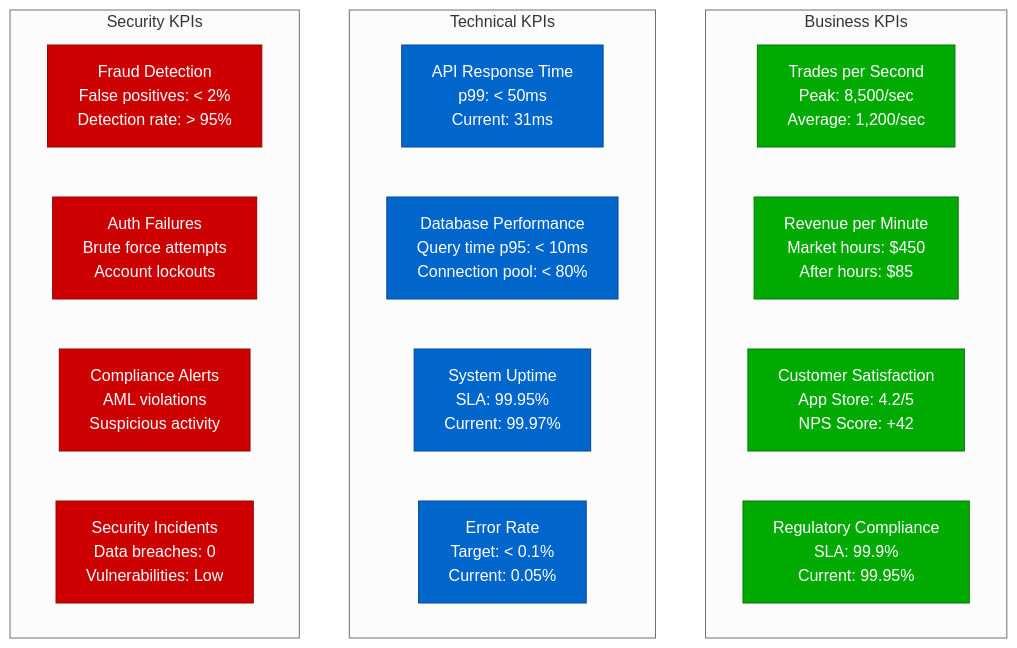
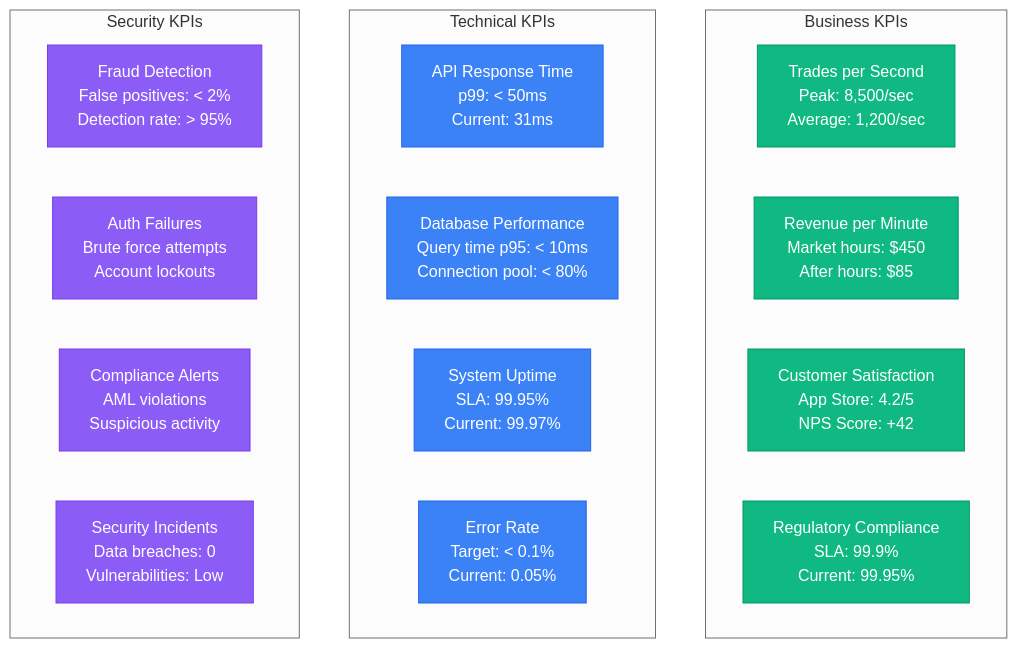
The sixth of 9 diagrams in site/docs/systems/robinhood/08-production-operations.md (deepaucksharma/DS), drawn with Mermaid (neutral theme) before and after one commit. The commit also changed other lines of this file and 187 other files, not shown here.

````diff
--- a/site/docs/systems/robinhood/08-production-operations.md
+++ b/site/docs/systems/robinhood/08-production-operations.md
@@ -302,31 +302,31 @@
 ```mermaid
 graph TB
     subgraph BusinessKPIs[Business KPIs]
         TRADES_SEC[Trades per Second<br/>Peak: 8,500/sec<br/>Average: 1,200/sec]
         REVENUE_MIN[Revenue per Minute<br/>Market hours: $450<br/>After hours: $85]
         USER_SATISFACTION[Customer Satisfaction<br/>App Store: 4.2/5<br/>NPS Score: +42]
         REGULATORY[Regulatory Compliance<br/>SLA: 99.9%<br/>Current: 99.95%]
     end
 
     subgraph TechnicalKPIs[Technical KPIs]
         API_LATENCY[API Response Time<br/>p99: < 50ms<br/>Current: 31ms]
         DB_PERFORMANCE[Database Performance<br/>Query time p95: < 10ms<br/>Connection pool: < 80%]
         SYSTEM_UPTIME[System Uptime<br/>SLA: 99.95%<br/>Current: 99.97%]
         ERROR_RATE[Error Rate<br/>Target: < 0.1%<br/>Current: 0.05%]
     end
 
     subgraph SecurityKPIs[Security KPIs]
         FRAUD_DETECTION[Fraud Detection<br/>False positives: < 2%<br/>Detection rate: > 95%]
         AUTH_FAILURES[Auth Failures<br/>Brute force attempts<br/>Account lockouts]
         COMPLIANCE_ALERTS[Compliance Alerts<br/>AML violations<br/>Suspicious activity]
         SECURITY_INCIDENTS[Security Incidents<br/>Data breaches: 0<br/>Vulnerabilities: Low]
     end
 
-    classDef businessStyle fill:#00AA00,stroke:#007700,color:#fff
-    classDef technicalStyle fill:#0066CC,stroke:#004499,color:#fff
-    classDef securityStyle fill:#CC0000,stroke:#990000,color:#fff
+    classDef businessStyle fill:#10B981,stroke:#059669,color:#fff
+    classDef technicalStyle fill:#3B82F6,stroke:#2563EB,color:#fff
+    classDef securityStyle fill:#8B5CF6,stroke:#7C3AED,color:#fff
 
     class TRADES_SEC,REVENUE_MIN,USER_SATISFACTION,REGULATORY businessStyle
     class API_LATENCY,DB_PERFORMANCE,SYSTEM_UPTIME,ERROR_RATE technicalStyle
     class FRAUD_DETECTION,AUTH_FAILURES,COMPLIANCE_ALERTS,SECURITY_INCIDENTS securityStyle
 ```
````
